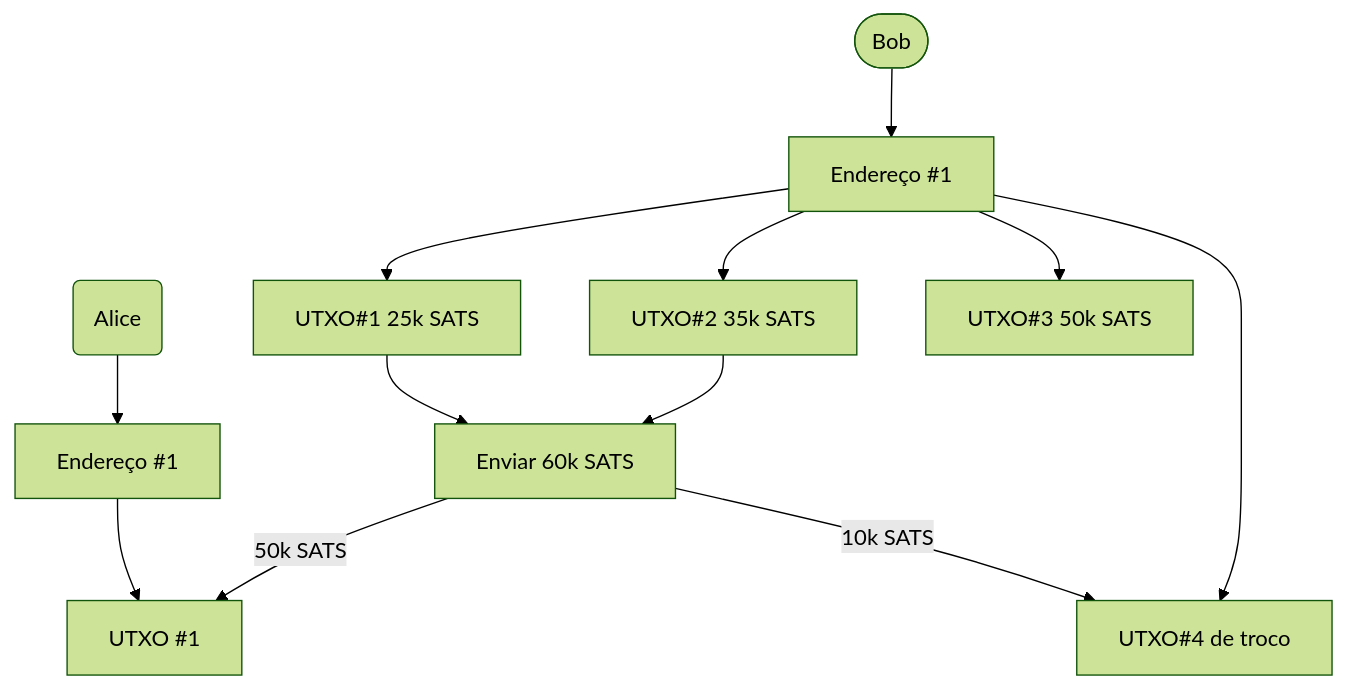
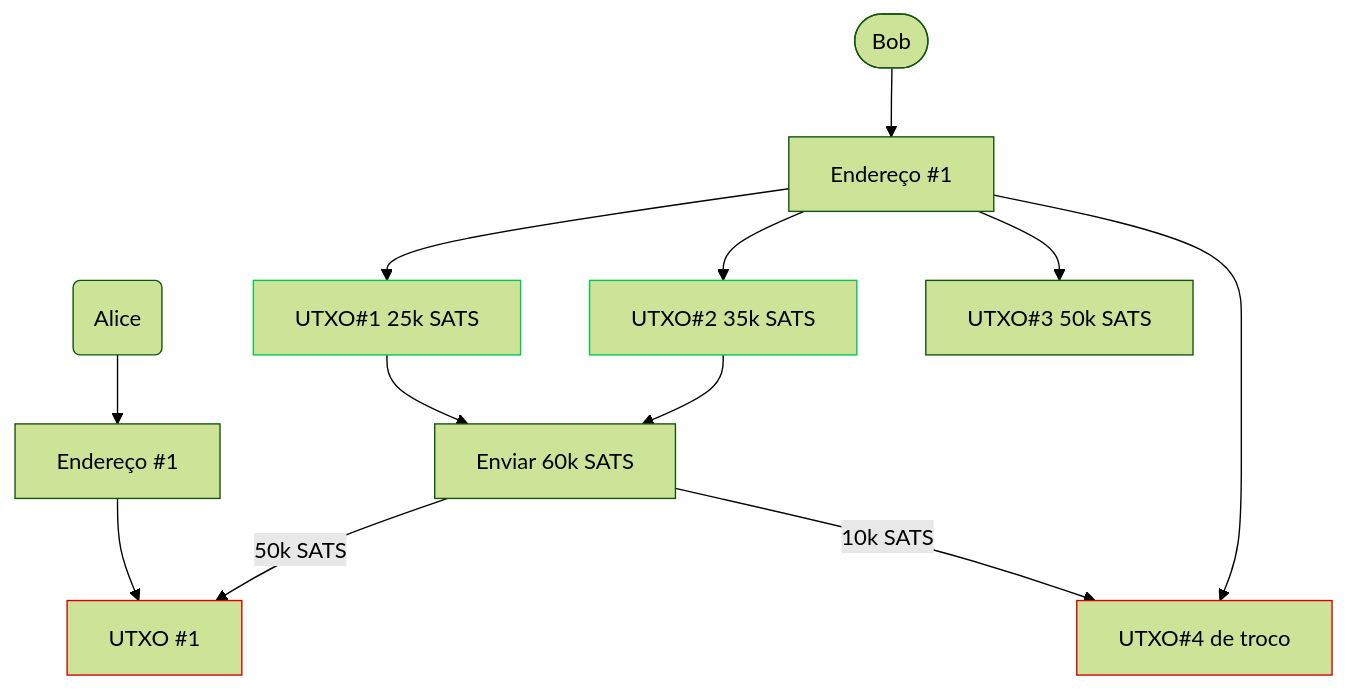
One commit to ColcheteDAO/workshop changed the fourth of 5 diagrams in LetsCoCreate/carteiras.md. Above: the diagram before and after it, drawn with Mermaid (forest theme).

Commit message:
docs: add input output

````diff
--- a/LetsCoCreate/carteiras.md
+++ b/LetsCoCreate/carteiras.md
@@ -49,14 +49,18 @@
 ```mermaid
 flowchart TD
     A(["Bob"]) --> n1["Endereço #1"]
     n6["Alice"] --> n9["Endereço #1"]
     n1 --> n2["UTXO#1 25k SATS"] & n3@{ label: "<span style=\"padding-left:\">UTXO#2 35k SATS</span>" } & n4@{ label: "<span style=\"padding-left:\"><span style=\"padding-left:\">UTXO#3 50k SATS</span></span>" } & n8["UTXO#4 de troco"]
     n2 --> n5["Enviar 60k SATS"]
     n3 --> n5
-    n5 -- 50k SATS --> n10
+    n5 -- 50k SATS --> n10["UTXO #1"]
     n5 -- 10k SATS --> n8
-    n9 --> n10["UTXO #1"]
+    n9 --> n10
+    n6@{ shape: rounded}
     n3@{ shape: rect}
     n4@{ shape: rect}
-    n6@{ shape: rounded}
+    style n2 stroke:#00C853
+    style n3 stroke:#00C853
+    style n8 stroke:#D50000
+    style n10 stroke:#D50000
 ```
````
